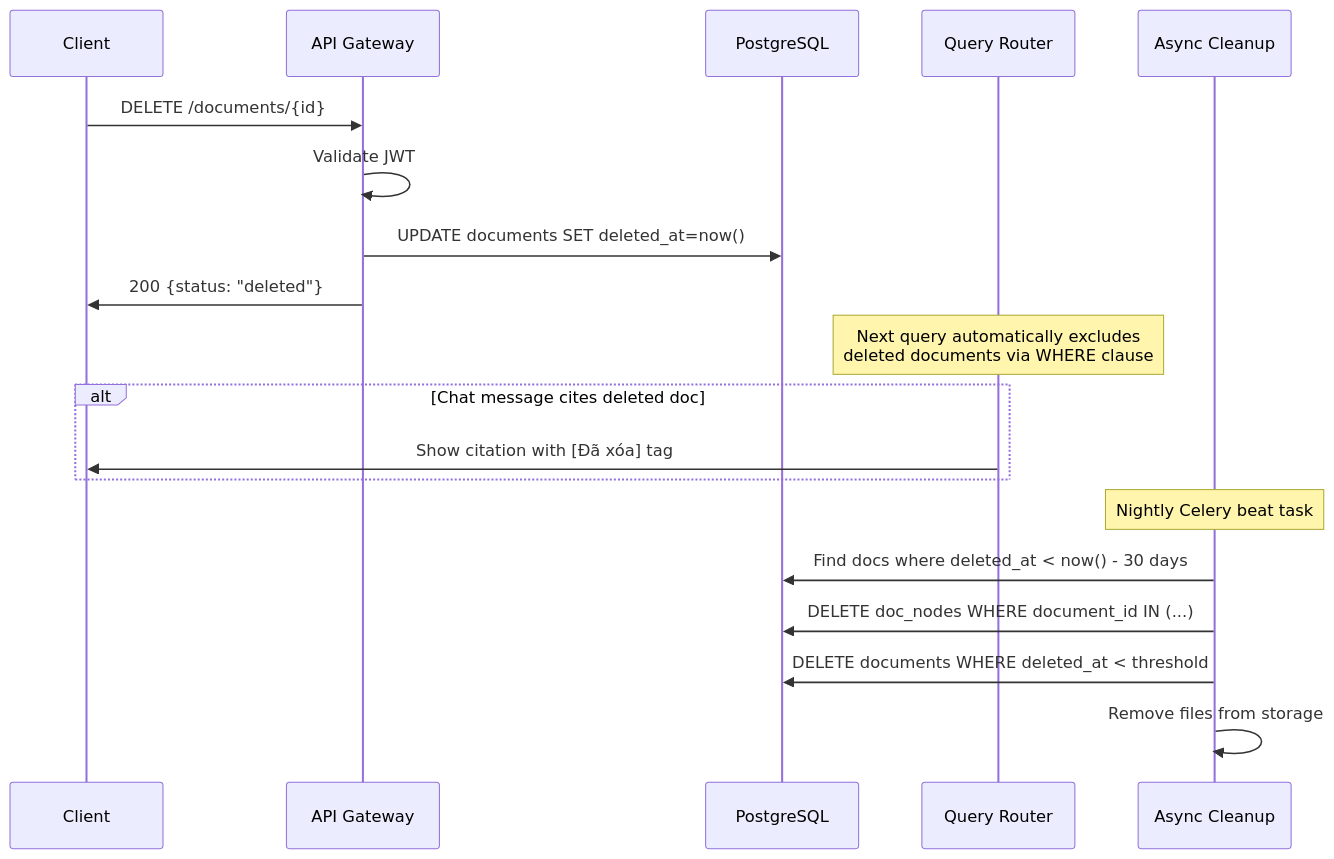
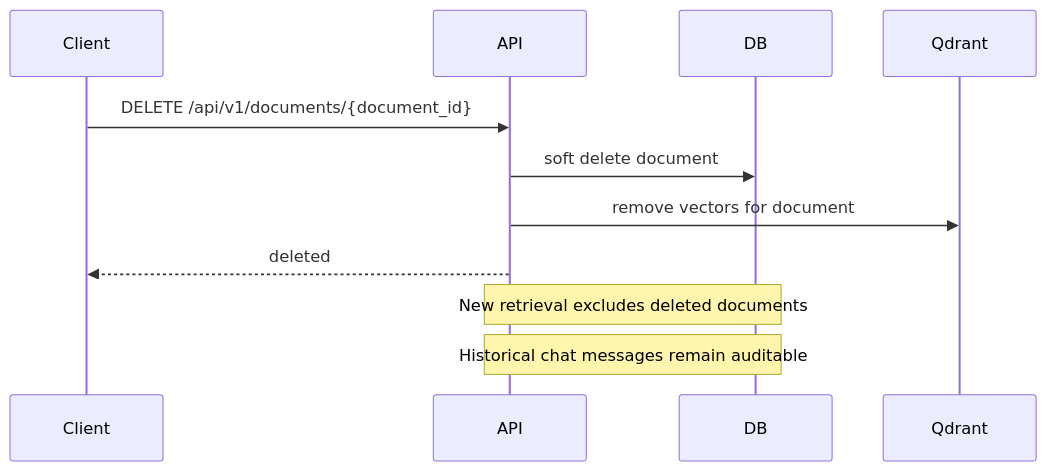
One commit to qtuanph/chatbot-rag changed the third of 3 diagrams in docs/03_CORE_WORKFLOWS.md. Above: the diagram before and after it, drawn with Mermaid. The commit also changed other lines of this file and 43 other files, not shown here.

````diff
--- a/docs/03_CORE_WORKFLOWS.md
+++ b/docs/03_CORE_WORKFLOWS.md
@@ -170,25 +80,15 @@
 ```mermaid
 sequenceDiagram
-    participant C as Client
-    participant API as API Gateway
-    participant DB as PostgreSQL
-    participant Router as Query Router
-    participant Cleanup as Async Cleanup
+    participant Client
+    participant API
+    participant DB
+    participant Qdrant
 
-    C->>API: DELETE /documents/{id}
-    API->>API: Validate JWT
-    API->>DB: UPDATE documents SET deleted_at=now()
-    API->>C: 200 {status: "deleted"}
-    
-    Note over Router: Next query automatically excludes<br/>deleted documents via WHERE clause
-    
-    alt Chat message cites deleted doc
-        Router->>C: Show citation with [Đã xóa] tag
-    end
-    
-    Note over Cleanup: Nightly Celery beat task
-    Cleanup->>DB: Find docs where deleted_at < now() - 30 days
-    Cleanup->>DB: DELETE doc_nodes WHERE document_id IN (...)
-    Cleanup->>DB: DELETE documents WHERE deleted_at < threshold
-    Cleanup->>Cleanup: Remove files from storage
+    Client->>API: DELETE /api/v1/documents/{document_id}
+    API->>DB: soft delete document
+    API->>Qdrant: remove vectors for document
+    API-->>Client: deleted
+
+    Note over API,DB: New retrieval excludes deleted documents
+    Note over API,DB: Historical chat messages remain auditable
 ```
````
